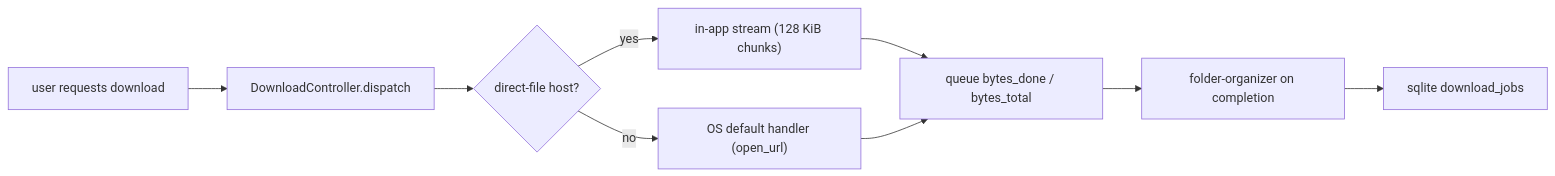
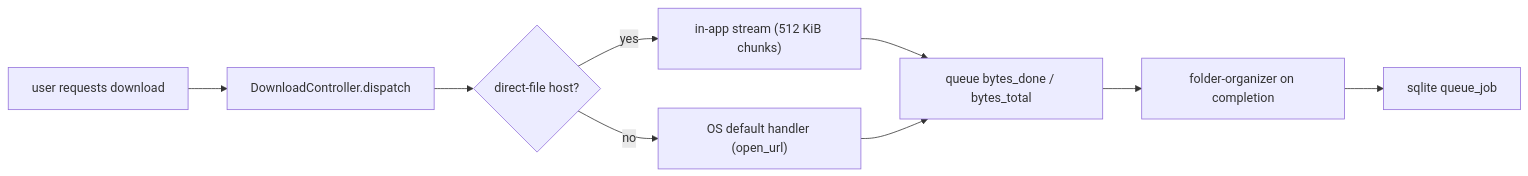
One commit to HELIX-Origin/LewdZone-Launcher changed the first of 2 diagrams in .agents/agents/dm/dm.md. Above: the diagram before and after it, drawn with Mermaid. The commit also changed other lines of this file and 35 other files, not shown here.

````diff
--- a/.agents/agents/dm/dm.md
+++ b/.agents/agents/dm/dm.md
@@ -37,11 +38,11 @@
 ```mermaid
 flowchart LR
     U["user requests download"] --> C["DownloadController.dispatch"]
     C --> D{"direct-file host?"}
-    D -- yes --> S["in-app stream (128 KiB chunks)"]
+    D -- yes --> S["in-app stream (512 KiB chunks)"]
     D -- no --> O["OS default handler (open_url)"]
     S --> P["queue bytes_done / bytes_total"]
     O --> P
     P --> FG["folder-organizer on completion"]
-    FG --> DB[""sqlite download_jobs""]
+    FG --> DB[""sqlite queue_job""]
 ```
````
